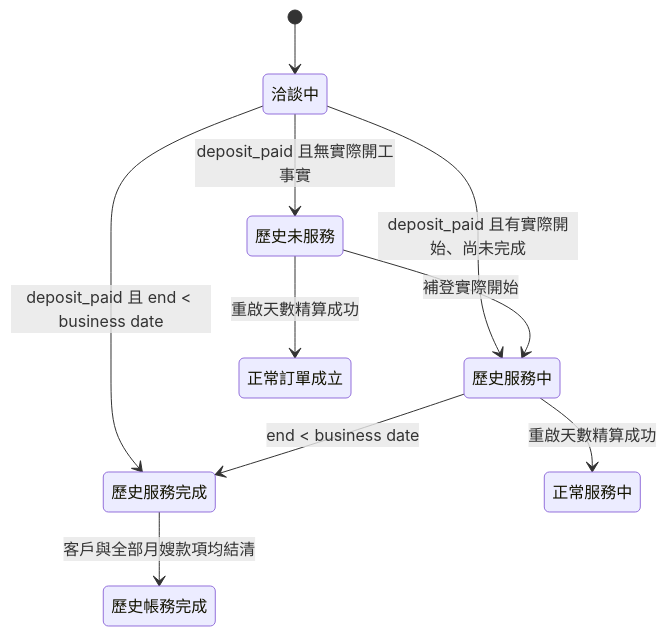
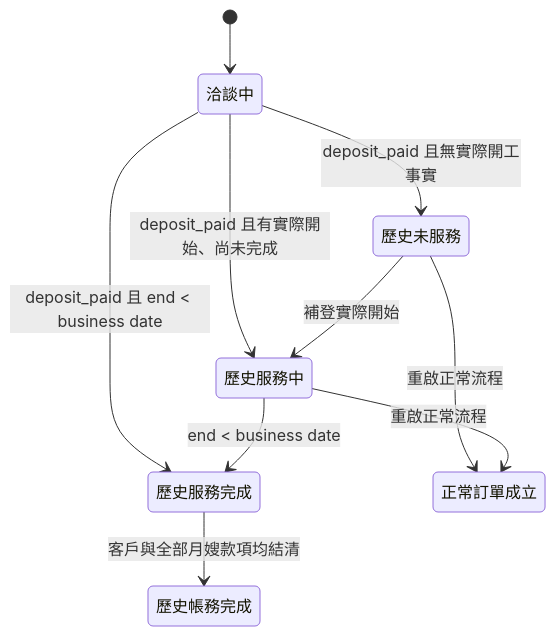
The diagram in document/架構重整/01_規格基線/27_歷史訂單生命週期與服務天數帳務正式規格.md (chrishzc/Labor_union), drawn with Mermaid before and after one commit. The commit also changed other lines of this file and 62 other files, not shown here.

Commit message:
feat: support historical order normal-flow restart

````diff
--- a/document/架構重整/01_規格基線/27_歷史訂單生命週期與服務天數帳務正式規格.md
+++ b/document/架構重整/01_規格基線/27_歷史訂單生命週期與服務天數帳務正式規格.md
@@ -145,12 +149,12 @@
 ```mermaid
 stateDiagram-v2
     [*] --> 洽談中
     洽談中 --> 歷史未服務: deposit_paid 且無實際開工事實
     洽談中 --> 歷史服務中: deposit_paid 且有實際開始、尚未完成
     洽談中 --> 歷史服務完成: deposit_paid 且 end < business date
     歷史未服務 --> 歷史服務中: 補登實際開始
     歷史服務中 --> 歷史服務完成: end < business date
     歷史服務完成 --> 歷史帳務完成: 客戶與全部月嫂款項均結清
-    歷史未服務 --> 正常訂單成立: 重啟天數精算成功
-    歷史服務中 --> 正常服務中: 重啟天數精算成功
+    歷史未服務 --> 正常訂單成立: 重啟正常流程
+    歷史服務中 --> 正常訂單成立: 重啟正常流程
 ```
````
